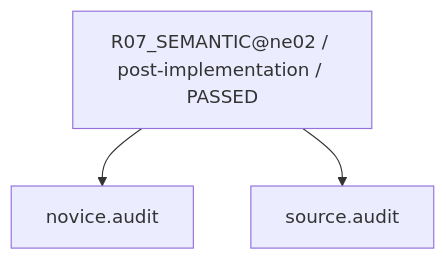
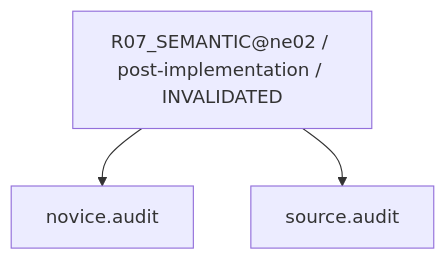
One commit to rrikunagasige-dot/kyotsu-step-web changed the tenth of 45 diagrams in work/items/W-MATH-036-ne02-n11-n12-guided-design/generated/CAPABILITY_FIRE_DIAGRAM.md. Above: the diagram before and after it, drawn with Mermaid. The commit also changed other lines of this file and 55 other files, not shown here.

````diff
--- a/work/items/W-MATH-036-ne02-n11-n12-guided-design/generated/CAPABILITY_FIRE_DIAGRAM.md
+++ b/work/items/W-MATH-036-ne02-n11-n12-guided-design/generated/CAPABILITY_FIRE_DIAGRAM.md
@@ -160,8 +160,8 @@
 ```mermaid
 flowchart TD
-  N0["R07_SEMANTIC@ne02 / post-implementation / PASSED"]
+  N0["R07_SEMANTIC@ne02 / post-implementation / INVALIDATED"]
   N1["source.audit"]
   N2["novice.audit"]
   N0 --> N2
   N0 --> N1
 ```
````
